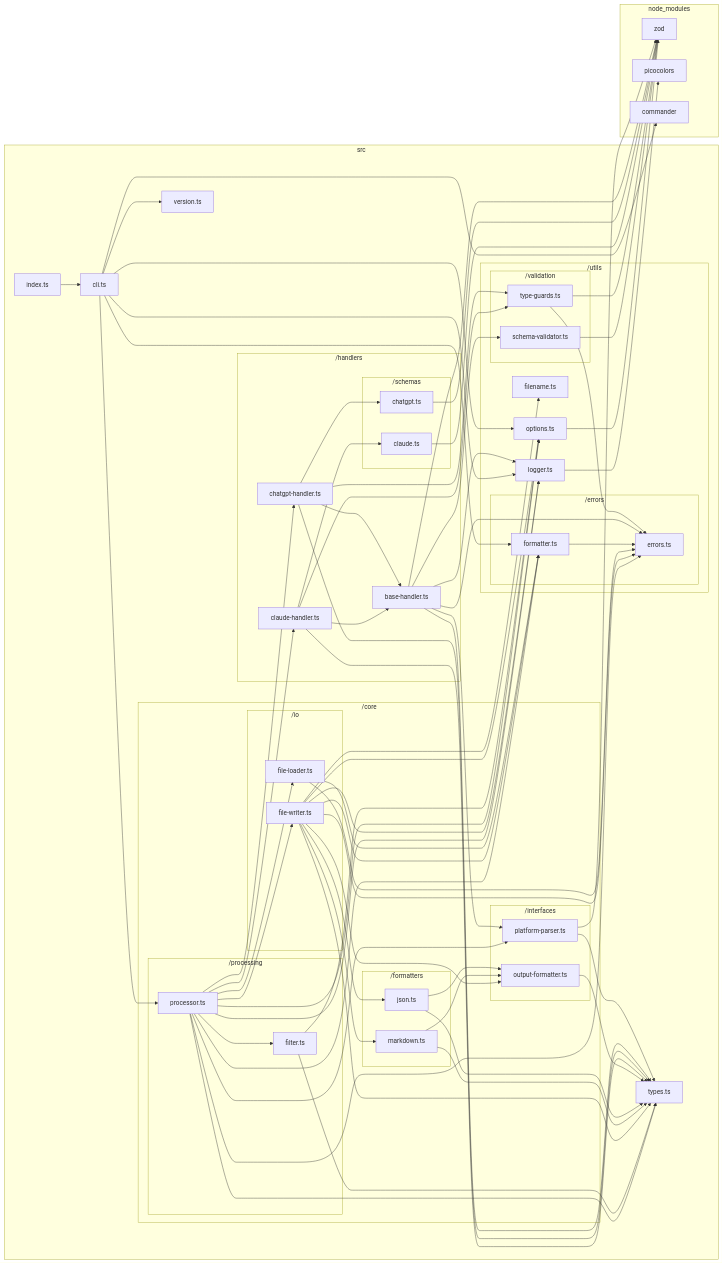
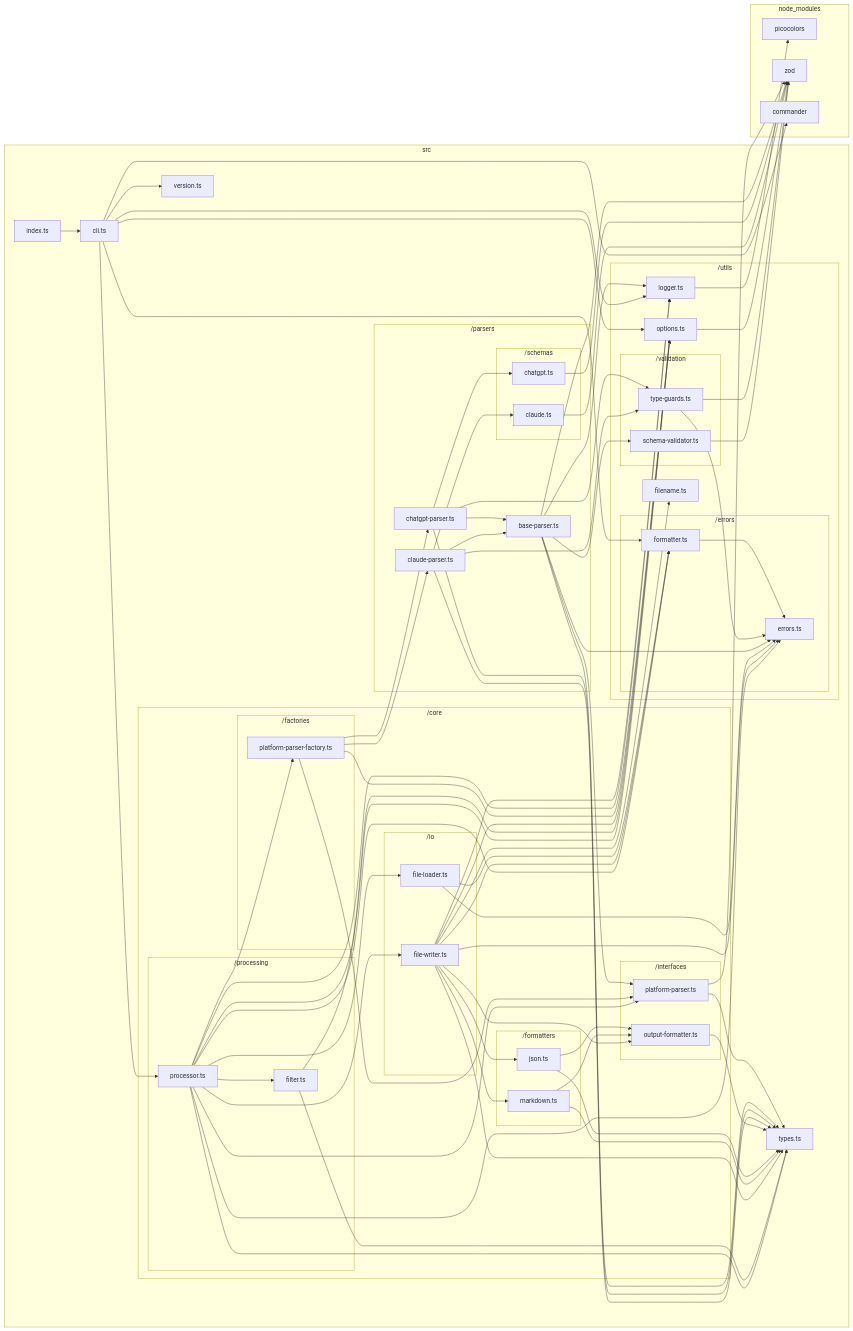
The diagram in docs/dependency-graphs/typescript-graph.md (sugurutakahashi-1234/ai-chat-md-export), drawn with Mermaid before and after one commit. The commit also changed 9 other files, not shown here.

First line of the commit message:
refactor: reorganize architecture with factory pattern and consistent naming

```diff
--- a/docs/dependency-graphs/typescript-graph.md
+++ b/docs/dependency-graphs/typescript-graph.md
@@ -29,6 +29,9 @@
                 src/core/interfaces/platform//parser.ts["platform-parser.ts"]
                 src/core/interfaces/output//formatter.ts["output-formatter.ts"]
             end
+            subgraph src/core/factories["/factories"]
+                src/core/factories/platform//parser//factory.ts["platform-parser-factory.ts"]
+            end
             subgraph src/core/io["/io"]
                 src/core/io/file//loader.ts["file-loader.ts"]
                 src/core/io/file//writer.ts["file-writer.ts"]
@@ -42,45 +45,49 @@
                 src/core/processing/processor.ts["processor.ts"]
             end
         end
-        subgraph src/handlers["/handlers"]
-            src/handlers/base//handler.ts["base-handler.ts"]
-            src/handlers/chatgpt//handler.ts["chatgpt-handler.ts"]
-            src/handlers/claude//handler.ts["claude-handler.ts"]
-            subgraph src/handlers/schemas["/schemas"]
-                src/handlers/schemas/chatgpt.ts["chatgpt.ts"]
-                src/handlers/schemas/claude.ts["claude.ts"]
+        subgraph src/parsers["/parsers"]
+            src/parsers/base//parser.ts["base-parser.ts"]
+            src/parsers/chatgpt//parser.ts["chatgpt-parser.ts"]
+            src/parsers/claude//parser.ts["claude-parser.ts"]
+            subgraph src/parsers/schemas["/schemas"]
+                src/parsers/schemas/chatgpt.ts["chatgpt.ts"]
+                src/parsers/schemas/claude.ts["claude.ts"]
             end
         end
     end
     subgraph node//modules["node_modules"]
+        node//modules/picocolors/picocolors.d.ts["picocolors"]
         node//modules/zod/index.d.cts["zod"]
-        node//modules/picocolors/picocolors.d.ts["picocolors"]
         node//modules/commander/typings/index.d.ts["commander"]
     end
+    src/utils/errors/formatter.ts-->src/utils/errors/errors.ts
+    src/utils/logger.ts-->node//modules/picocolors/picocolors.d.ts
+    src/utils/options.ts-->node//modules/zod/index.d.cts
     src/utils/validation/type//guards.ts-->node//modules/zod/index.d.cts
     src/utils/validation/type//guards.ts-->src/utils/errors/errors.ts
     src/core/interfaces/platform//parser.ts-->node//modules/zod/index.d.cts
     src/core/interfaces/platform//parser.ts-->src/types.ts
-    src/utils/logger.ts-->node//modules/picocolors/picocolors.d.ts
     src/utils/validation/schema//validator.ts-->node//modules/zod/index.d.cts
-    src/handlers/base//handler.ts-->node//modules/zod/index.d.cts
-    src/handlers/base//handler.ts-->src/core/interfaces/platform//parser.ts
-    src/handlers/base//handler.ts-->src/types.ts
-    src/handlers/base//handler.ts-->src/utils/errors/errors.ts
-    src/handlers/base//handler.ts-->src/utils/logger.ts
-    src/handlers/base//handler.ts-->src/utils/validation/schema//validator.ts
-    src/handlers/schemas/chatgpt.ts-->node//modules/zod/index.d.cts
-    src/handlers/chatgpt//handler.ts-->src/types.ts
-    src/handlers/chatgpt//handler.ts-->src/utils/validation/type//guards.ts
-    src/handlers/chatgpt//handler.ts-->src/handlers/base//handler.ts
-    src/handlers/chatgpt//handler.ts-->src/handlers/schemas/chatgpt.ts
-    src/handlers/schemas/claude.ts-->node//modules/zod/index.d.cts
-    src/handlers/claude//handler.ts-->src/types.ts
-    src/handlers/claude//handler.ts-->src/utils/validation/type//guards.ts
-    src/handlers/claude//handler.ts-->src/handlers/base//handler.ts
-    src/handlers/claude//handler.ts-->src/handlers/schemas/claude.ts
-    src/utils/errors/formatter.ts-->src/utils/errors/errors.ts
-    src/utils/options.ts-->node//modules/zod/index.d.cts
+    src/parsers/base//parser.ts-->node//modules/zod/index.d.cts
+    src/parsers/base//parser.ts-->src/core/interfaces/platform//parser.ts
+    src/parsers/base//parser.ts-->src/types.ts
+    src/parsers/base//parser.ts-->src/utils/errors/errors.ts
+    src/parsers/base//parser.ts-->src/utils/logger.ts
+    src/parsers/base//parser.ts-->src/utils/validation/schema//validator.ts
+    src/parsers/schemas/chatgpt.ts-->node//modules/zod/index.d.cts
+    src/parsers/chatgpt//parser.ts-->src/types.ts
+    src/parsers/chatgpt//parser.ts-->src/utils/validation/type//guards.ts
+    src/parsers/chatgpt//parser.ts-->src/parsers/base//parser.ts
+    src/parsers/chatgpt//parser.ts-->src/parsers/schemas/chatgpt.ts
+    src/parsers/schemas/claude.ts-->node//modules/zod/index.d.cts
+    src/parsers/claude//parser.ts-->src/types.ts
+    src/parsers/claude//parser.ts-->src/utils/validation/type//guards.ts
+    src/parsers/claude//parser.ts-->src/parsers/base//parser.ts
+    src/parsers/claude//parser.ts-->src/parsers/schemas/claude.ts
+    src/core/factories/platform//parser//factory.ts-->src/parsers/chatgpt//parser.ts
+    src/core/factories/platform//parser//factory.ts-->src/parsers/claude//parser.ts
+    src/core/factories/platform//parser//factory.ts-->src/utils/options.ts
+    src/core/factories/platform//parser//factory.ts-->src/core/interfaces/platform//parser.ts
     src/core/io/file//loader.ts-->src/utils/errors/errors.ts
     src/core/io/file//loader.ts-->src/utils/errors/formatter.ts
     src/core/interfaces/output//formatter.ts-->src/types.ts
@@ -99,13 +106,12 @@
     src/core/io/file//writer.ts-->src/core/interfaces/output//formatter.ts
     src/core/processing/filter.ts-->src/types.ts
     src/core/processing/filter.ts-->src/utils/options.ts
-    src/core/processing/processor.ts-->src/handlers/chatgpt//handler.ts
-    src/core/processing/processor.ts-->src/handlers/claude//handler.ts
     src/core/processing/processor.ts-->src/types.ts
     src/core/processing/processor.ts-->src/utils/errors/errors.ts
     src/core/processing/processor.ts-->src/utils/errors/formatter.ts
     src/core/processing/processor.ts-->src/utils/logger.ts
     src/core/processing/processor.ts-->src/utils/options.ts
+    src/core/processing/processor.ts-->src/core/factories/platform//parser//factory.ts
     src/core/processing/processor.ts-->src/core/interfaces/platform//parser.ts
     src/core/processing/processor.ts-->src/core/io/file//loader.ts
     src/core/processing/processor.ts-->src/core/io/file//writer.ts
```
